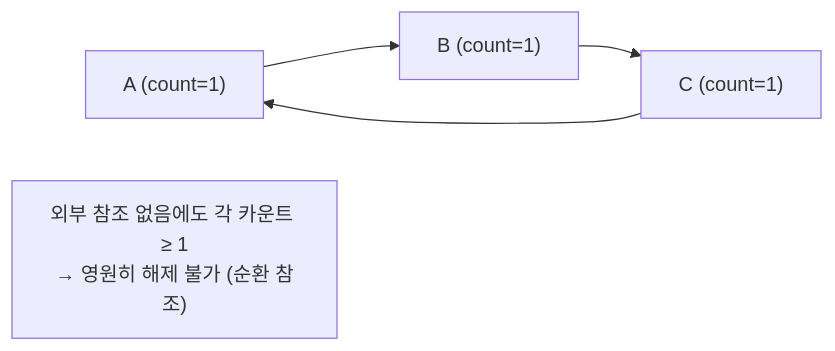
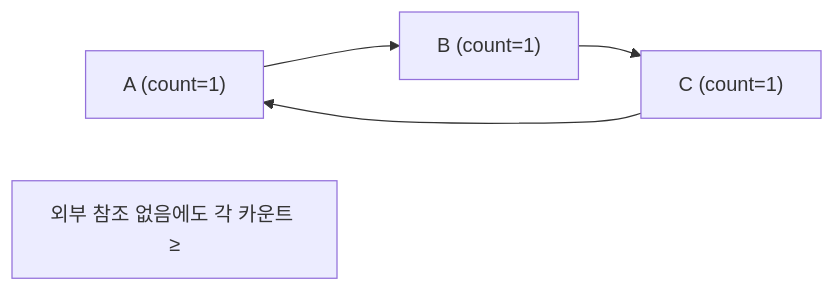
One commit to yjkim2015/yjkim2015.github.io changed the sixth of 29 diagrams in _posts/java/2026-05-01-java-garbage-collector.md. Above: the diagram before and after it, drawn with Mermaid. The commit also changed other lines of this file and 271 other files, not shown here.

First line of the commit message:
Mermaid 라벨 축소: 긴 노드 텍스트 18자 이하로 트림 + \n 제거

````diff
--- a/_posts/java/2026-05-01-java-garbage-collector.md
+++ b/_posts/java/2026-05-01-java-garbage-collector.md
@@ -127,5 +127,5 @@
 ```mermaid
 graph LR
     A["A (count=1)"] --> B["B (count=1)"] --> C["C (count=1)"] --> A
-    NOTE["외부 참조 없음에도 각 카운트 ≥ 1\n→ 영원히 해제 불가 (순환 참조)"]
+    NOTE["외부 참조 없음에도 각 카운트 ≥"]
 ```
````
